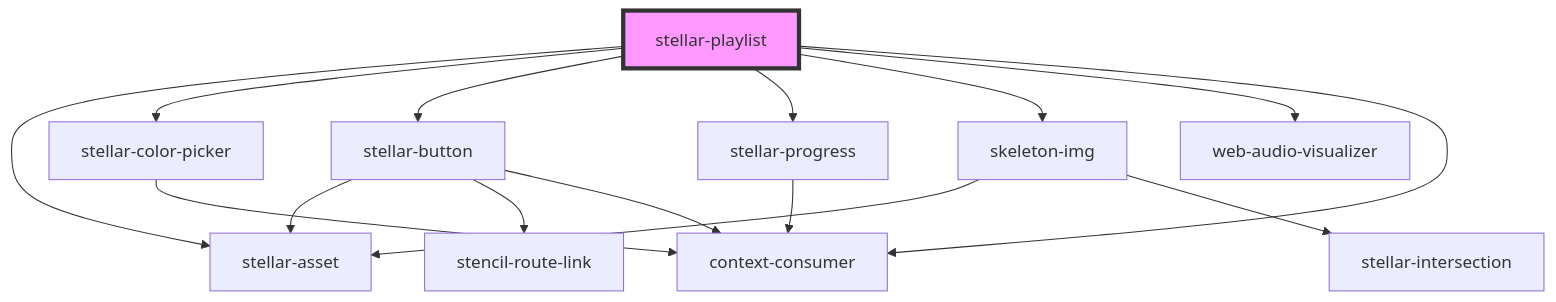
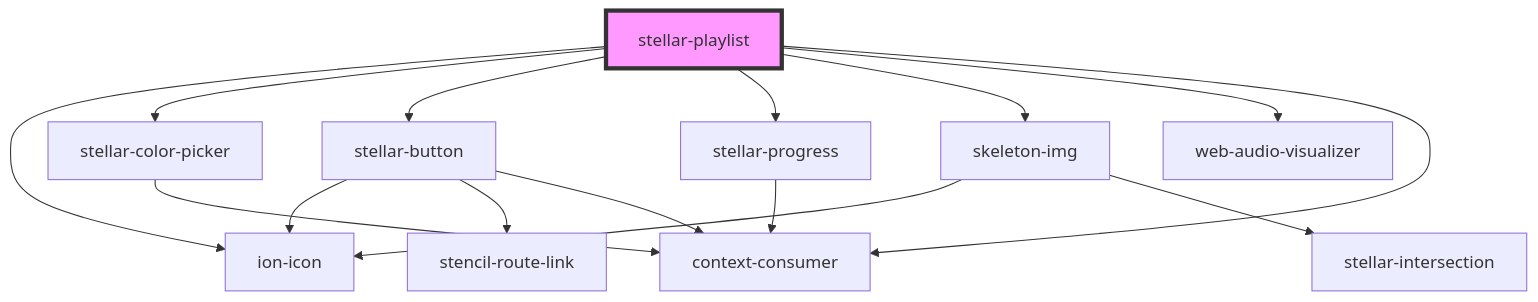
Before and after one commit to splitinfinities/Stellar: the diagram in src/components/media/playlist/readme.md, drawn with Mermaid. The commit also changed other lines of this file and 108 other files, not shown here.

Commit message:
Remove stellar-asset.

````diff
--- a/src/components/media/playlist/readme.md
+++ b/src/components/media/playlist/readme.md
@@ -143,18 +143,18 @@
 ```mermaid
 graph TD;
-  stellar-playlist --> stellar-asset
+  stellar-playlist --> ion-icon
   stellar-playlist --> stellar-color-picker
   stellar-playlist --> stellar-button
   stellar-playlist --> stellar-progress
   stellar-playlist --> skeleton-img
   stellar-playlist --> web-audio-visualizer
   stellar-playlist --> context-consumer
   stellar-color-picker --> context-consumer
-  stellar-button --> stellar-asset
+  stellar-button --> ion-icon
   stellar-button --> stencil-route-link
   stellar-button --> context-consumer
   stellar-progress --> context-consumer
-  skeleton-img --> stellar-asset
+  skeleton-img --> ion-icon
   skeleton-img --> stellar-intersection
   style stellar-playlist fill:#f9f,stroke:#333,stroke-width:4px
 ```
````
